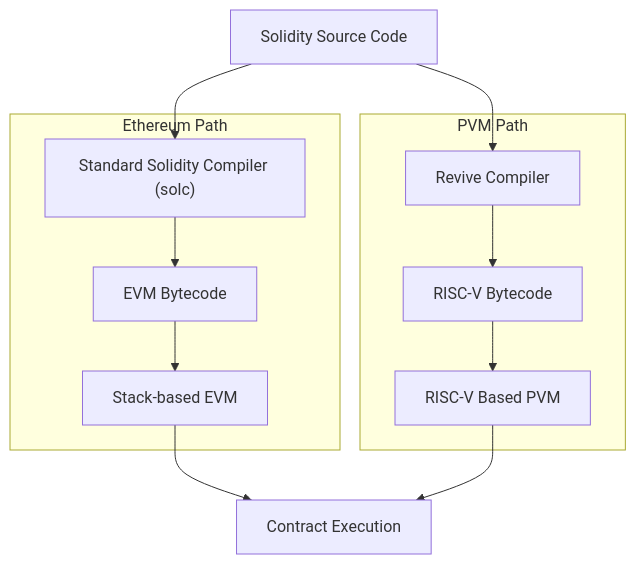
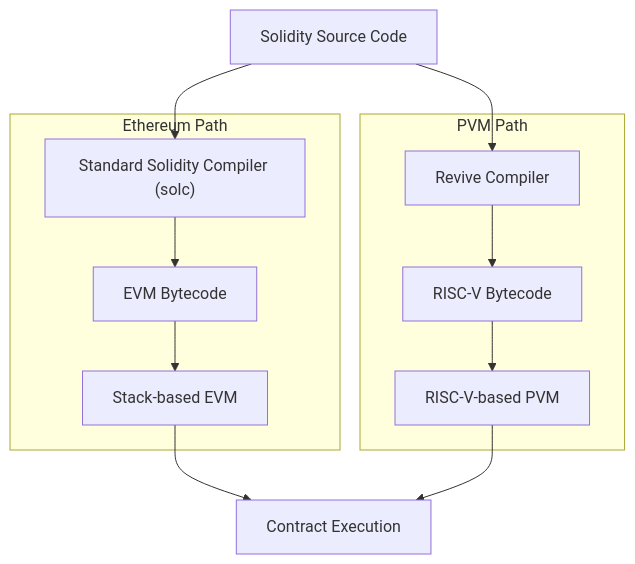
The diagram in smart-contracts/for-eth-devs/evm-vs-pvm.md (polkadot-developers/polkadot-docs), drawn with Mermaid before and after one commit.

````diff
--- a/smart-contracts/for-eth-devs/evm-vs-pvm.md
+++ b/smart-contracts/for-eth-devs/evm-vs-pvm.md
@@ -17,27 +17,27 @@
 ```mermaid
 graph TD
     Solidity["Solidity Source Code"]
 
     subgraph "Ethereum Path"
         EthCompile["Standard Solidity Compiler (solc)"]
         EVM_Bytecode["EVM Bytecode"]
         EVM["Stack-based EVM"]
     end
 
     subgraph "PVM Path"
         ReviveCompile["Revive Compiler"]
         RISCV_Bytecode["RISC-V Bytecode"]
-        PVMNode["RISC-V Based PVM"]
+        PVMNode["RISC-V-based PVM"]
     end
 
     Execution["Contract Execution"]
 
     Solidity --> EthCompile
     Solidity --> ReviveCompile
     EthCompile --> EVM_Bytecode
     EVM_Bytecode --> EVM
     EVM --> Execution
     ReviveCompile --> RISCV_Bytecode
     RISCV_Bytecode --> PVMNode
     PVMNode --> Execution
 ```
````
